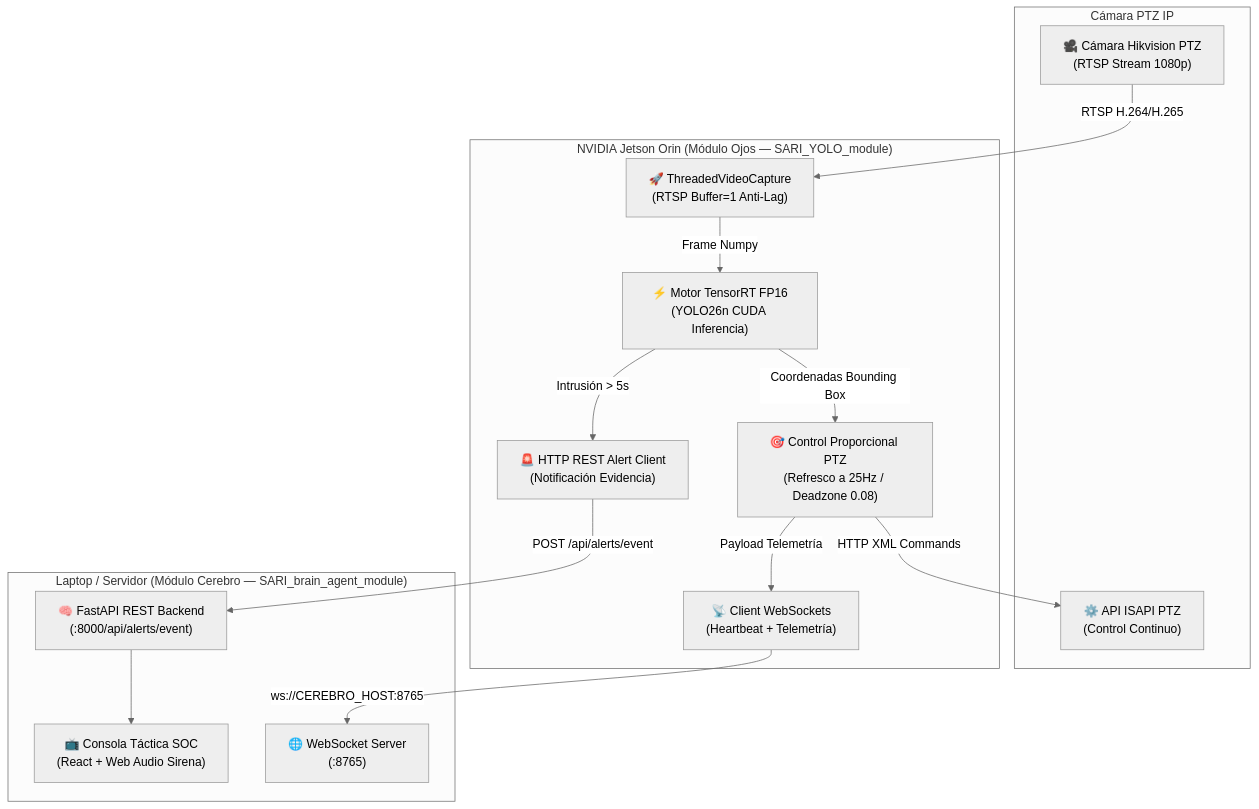
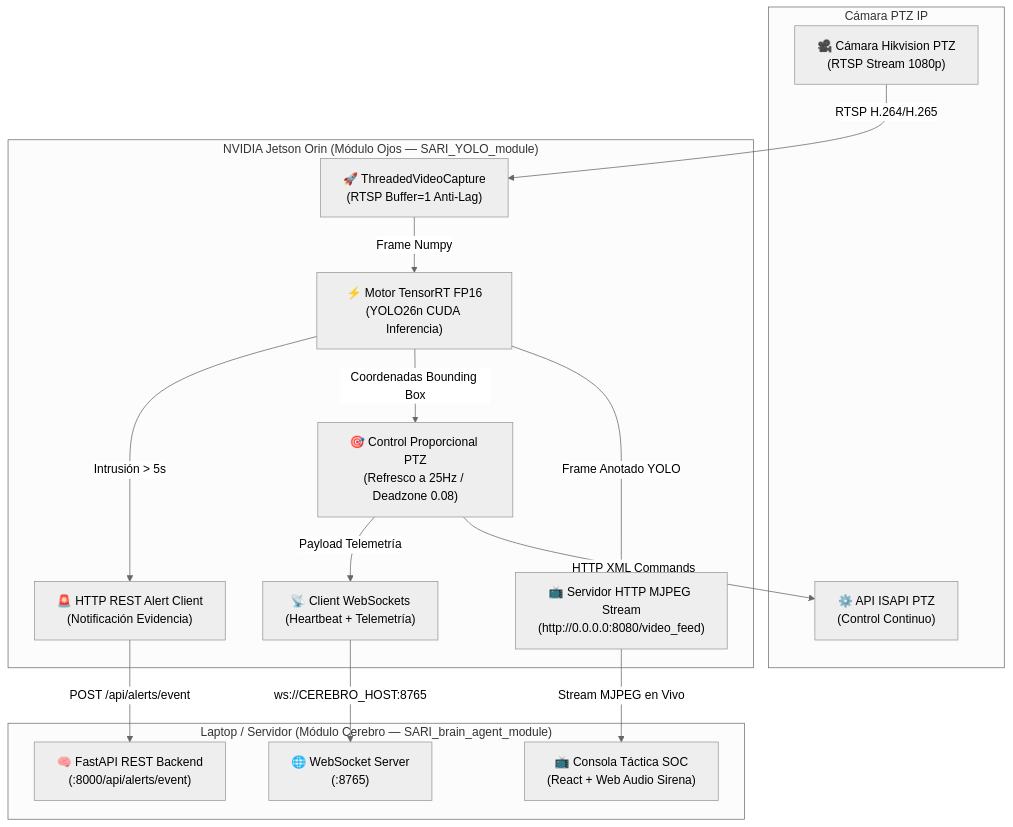
The diagram in README.md (suriel01/SARI_YOLO_module), drawn with Mermaid (neutral theme) before and after one commit. The commit also changed other lines of this file and 3 other files, not shown here.

Commit message:
feat: agregar servidor de transmisión de video MJPEG en vivo (puerto 8080) con superposición YOLO26n

````diff
--- a/README.md
+++ b/README.md
@@ -11,32 +11,34 @@
 ```mermaid
 graph TD
     subgraph "Cámara PTZ IP"
         CAM["🎥 Cámara Hikvision PTZ<br/>(RTSP Stream 1080p)"]
         ISAPI["⚙️ API ISAPI PTZ<br/>(Control Continuo)"]
     end
 
     subgraph "NVIDIA Jetson Orin (Módulo Ojos — SARI_YOLO_module)"
         Reader["🚀 ThreadedVideoCapture<br/>(RTSP Buffer=1 Anti-Lag)"]
         Engine["⚡ Motor TensorRT FP16<br/>(YOLO26n CUDA Inferencia)"]
         PTZCtrl["🎯 Control Proporcional PTZ<br/>(Refresco a 25Hz / Deadzone 0.08)"]
+        MJPEGServer["📺 Servidor HTTP MJPEG Stream<br/>(http://0.0.0.0:8080/video_feed)"]
         WSClient["📡 Client WebSockets<br/>(Heartbeat + Telemetría)"]
         RESTClient["🚨 HTTP REST Alert Client<br/>(Notificación Evidencia)"]
     end
 
     subgraph "Laptop / Servidor (Módulo Cerebro — SARI_brain_agent_module)"
         BrainWS["🌐 WebSocket Server<br/>(:8765)"]
         BrainREST["🧠 FastAPI REST Backend<br/>(:8000/api/alerts/event)"]
         SOC["📺 Consola Táctica SOC<br/>(React + Web Audio Sirena)"]
     end
 
     CAM -->|RTSP H.264/H.265| Reader
     Reader -->|Frame Numpy| Engine
+    Engine -->|Frame Anotado YOLO| MJPEGServer
     Engine -->|Coordenadas Bounding Box| PTZCtrl
     PTZCtrl -->|HTTP XML Commands| ISAPI
     PTZCtrl -->|Payload Telemetría| WSClient
     Engine -->|Intrusión > 5s| RESTClient
 
+    MJPEGServer -->|Stream MJPEG en Vivo| SOC
     WSClient -->|ws://CEREBRO_HOST:8765| BrainWS
     RESTClient -->|POST /api/alerts/event| BrainREST
-    BrainREST --> SOC
 ```
````
